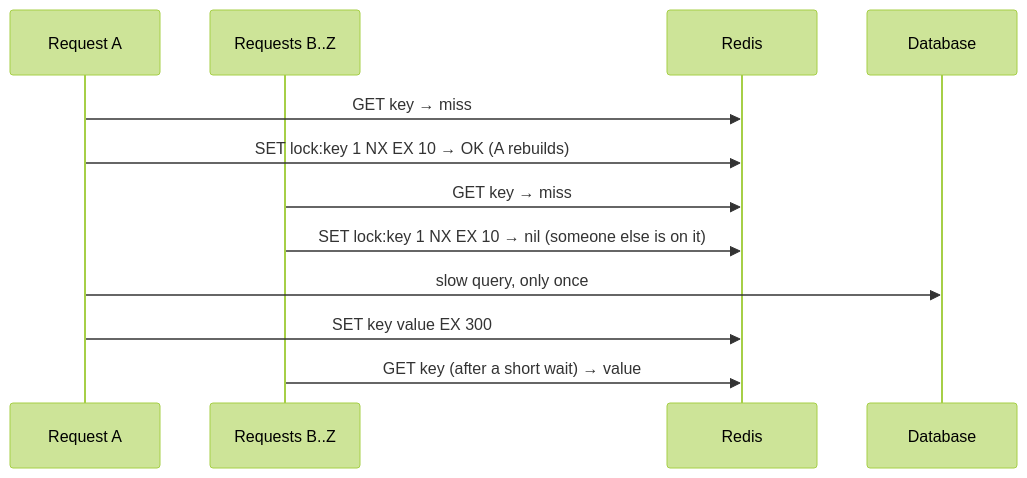
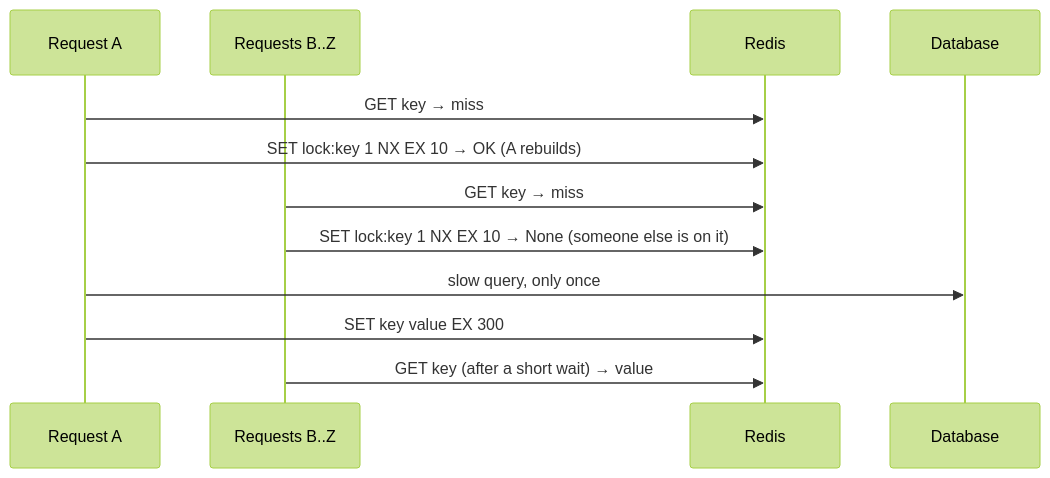
Before and after one commit to selvakumarperumal/Regulatory_Circular_Impact_Agent: the fifth of 31 diagrams in redis.md, drawn with Mermaid (forest theme). The commit also changed other lines of this file, not shown here.

````diff
--- a/redis.md
+++ b/redis.md
@@ -632,14 +815,14 @@
 ```mermaid
 sequenceDiagram
     participant A as Request A
     participant B as Requests B..Z
     participant Redis
     participant DB as Database
     A->>Redis: GET key → miss
     A->>Redis: SET lock:key 1 NX EX 10 → OK (A rebuilds)
     B->>Redis: GET key → miss
-    B->>Redis: SET lock:key 1 NX EX 10 → nil (someone else is on it)
+    B->>Redis: SET lock:key 1 NX EX 10 → None (someone else is on it)
     A->>DB: slow query, only once
     A->>Redis: SET key value EX 300
     B->>Redis: GET key (after a short wait) → value
 ```
````
